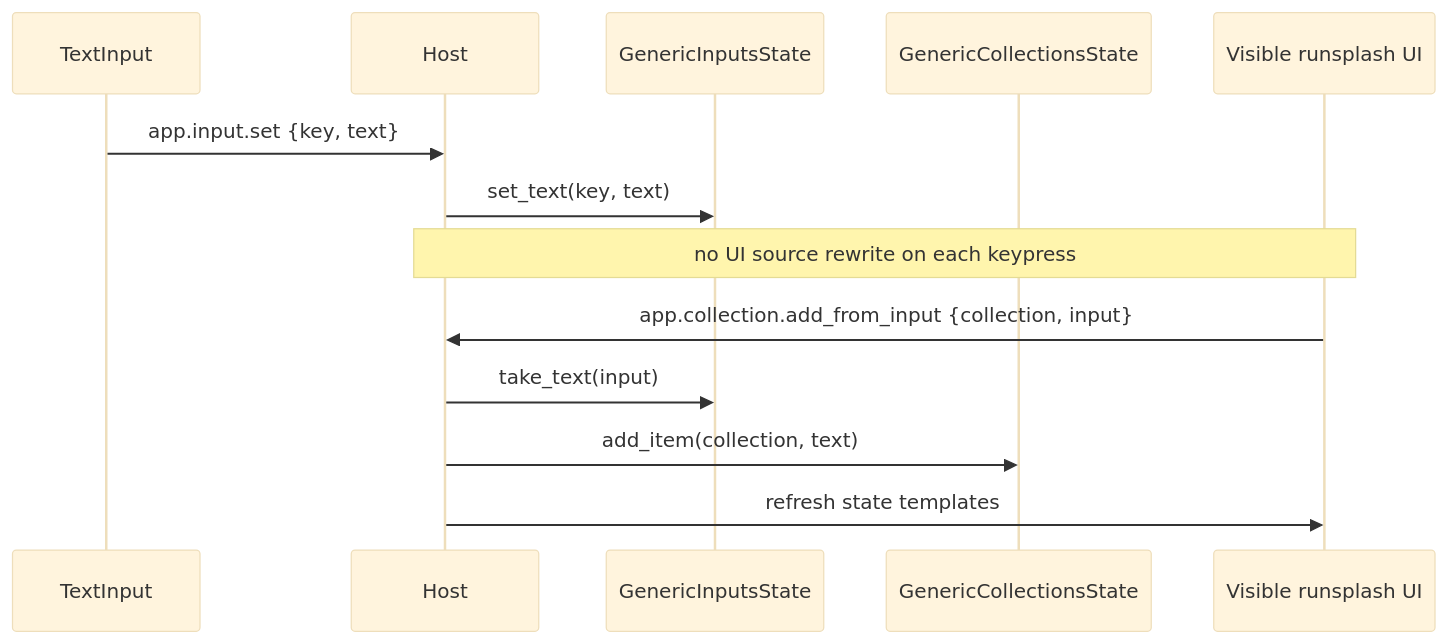
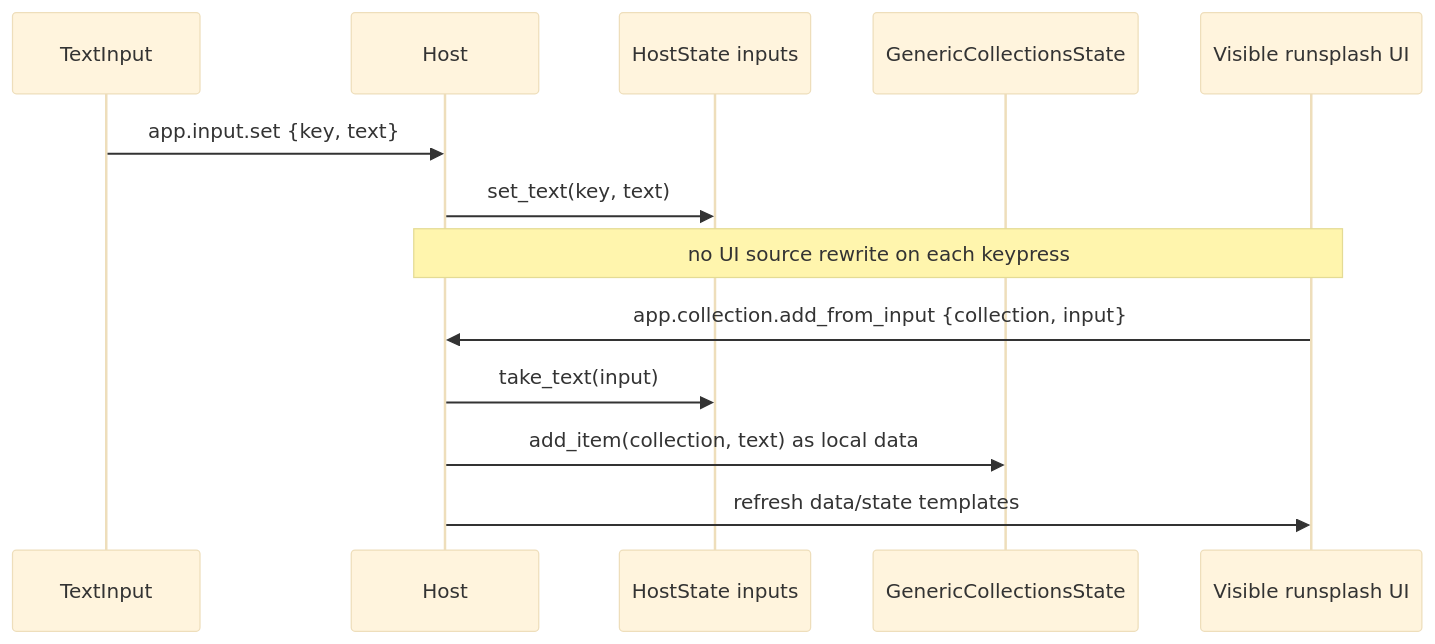
The third of 3 diagrams in examples/aichat/specs/agent2app-book/src/08-aichat-profile.md (ZhangHanDong/makepad), drawn with Mermaid (base theme) before and after one commit. The commit also changed other lines of this file and 37 other files, not shown here.

````diff
--- a/examples/aichat/specs/agent2app-book/src/08-aichat-profile.md
+++ b/examples/aichat/specs/agent2app-book/src/08-aichat-profile.md
@@ -95,16 +156,16 @@
 ```mermaid
 sequenceDiagram
     participant TI as TextInput
     participant H as Host
-    participant S as GenericInputsState
+    participant S as HostState inputs
     participant C as GenericCollectionsState
     participant UI as Visible runsplash UI
 
     TI->>H: app.input.set {key, text}
     H->>S: set_text(key, text)
     Note over H,UI: no UI source rewrite on each keypress
     UI->>H: app.collection.add_from_input {collection, input}
     H->>S: take_text(input)
-    H->>C: add_item(collection, text)
-    H->>UI: refresh state templates
+    H->>C: add_item(collection, text) as local data
+    H->>UI: refresh data/state templates
 ```
````
